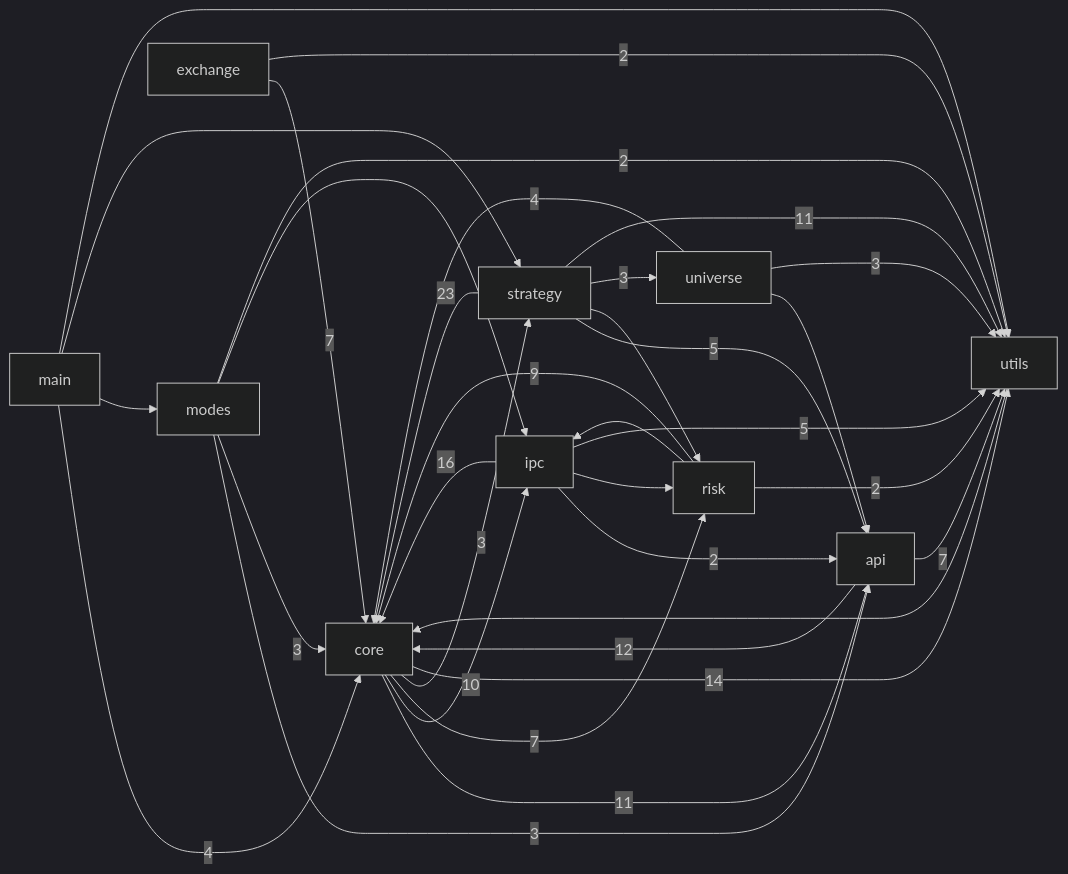
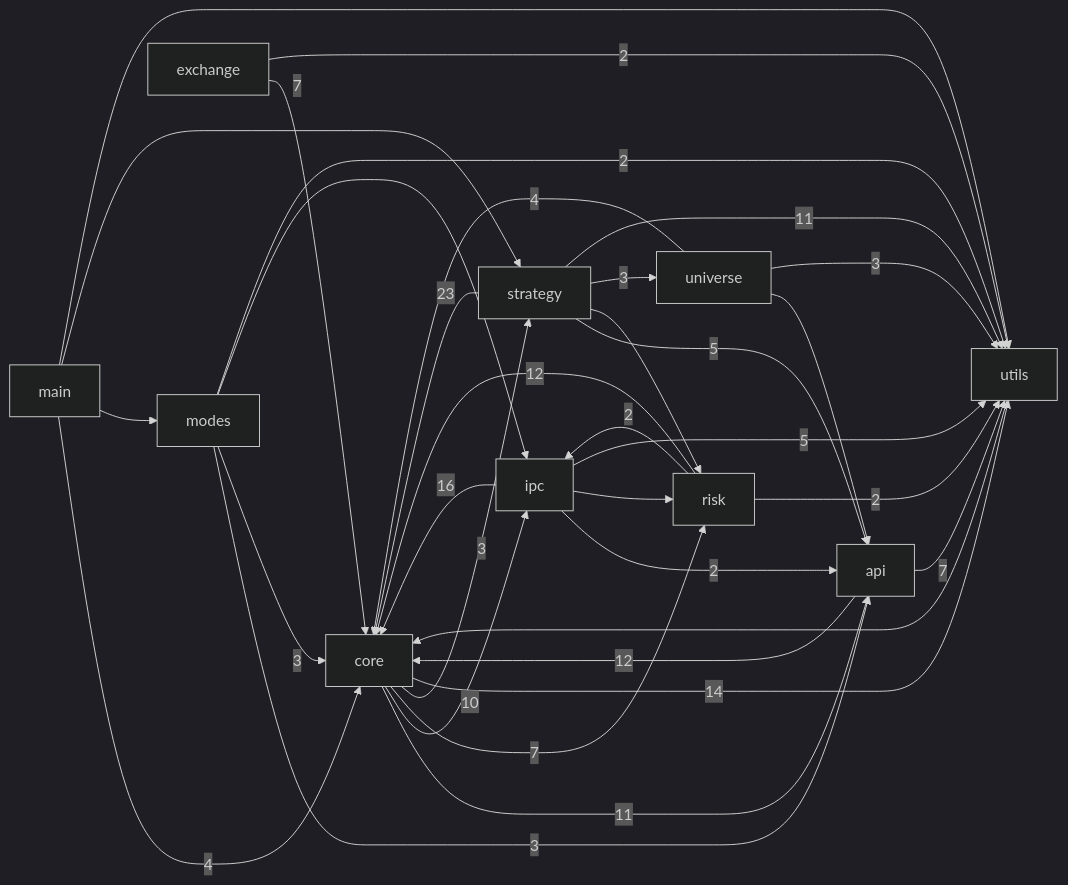
Before and after one commit to pypy8171/Quant: the first of 3 diagrams in docs/CODE_GRAPH.md, drawn with Mermaid (dark theme). The commit also changed other lines of this file and 40 other files, not shown here.

````diff
--- a/docs/CODE_GRAPH.md
+++ b/docs/CODE_GRAPH.md
@@ -10,46 +10,46 @@
 ```mermaid
 graph LR
   main[main]
   modes[modes]
   core[core]
   strategy[strategy]
   api[api]
   universe[universe]
   risk[risk]
   ipc[ipc]
   utils[utils]
   exchange[exchange]
   api -->|12| core
   api -->|7| utils
   core -->|11| api
   core -->|10| ipc
   core -->|7| risk
   core -->|3| strategy
   core -->|14| utils
   exchange -->|7| core
   exchange -->|2| utils
   ipc -->|2| api
   ipc -->|16| core
   ipc --> risk
   ipc -->|5| utils
   main -->|4| core
   main --> modes
   main --> strategy
   main --> utils
   modes -->|3| api
   modes -->|3| core
   modes --> ipc
   modes -->|2| utils
-  risk -->|9| core
-  risk --> ipc
+  risk -->|12| core
+  risk -->|2| ipc
   risk -->|2| utils
   strategy -->|5| api
   strategy -->|23| core
   strategy --> risk
   strategy -->|3| universe
   strategy -->|11| utils
   universe --> api
   universe -->|4| core
   universe -->|3| utils
   utils --> core
 ```
````
